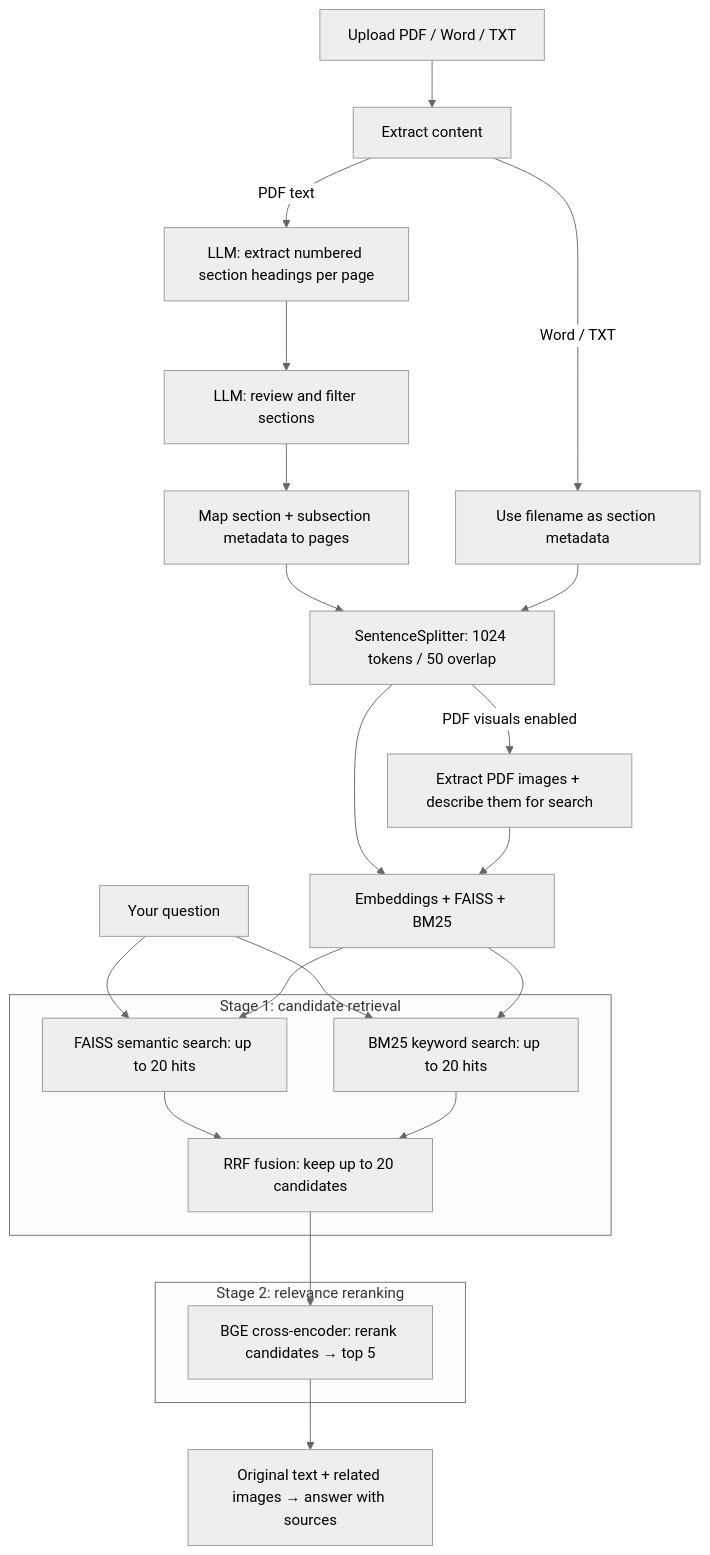
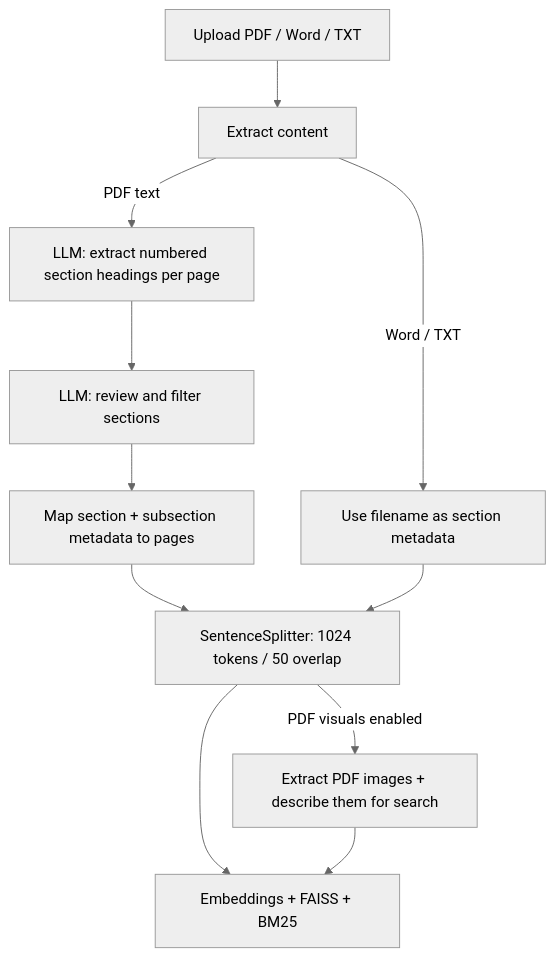
Before and after one commit to HUSSAMX7/Advanced_RAG: the first of 2 diagrams in README.md, drawn with Mermaid (neutral theme). The commit also changed other lines of this file, not shown here.

Commit message:
docs: separate chunking and retrieval process diagrams

````diff
--- a/README.md
+++ b/README.md
@@ -19,26 +19,13 @@
 ```mermaid
 flowchart TD
     A["Upload PDF / Word / TXT"] --> B["Extract content"]
     B -- PDF text --> C["LLM: extract numbered section headings per page"]
     C --> R["LLM: review and filter sections"]
     R --> M["Map section + subsection metadata to pages"]
     B -- Word / TXT --> W["Use filename as section metadata"]
     M --> S["SentenceSplitter: 1024 tokens / 50 overlap"]
     W --> S
     S --> D["Embeddings + FAISS + BM25"]
     S -- PDF visuals enabled --> V["Extract PDF images + describe them for search"]
     V --> D
-    Q["Your question"] --> Dense
-    Q --> Lexical
-    D --> Dense
-    D --> Lexical
-    subgraph Candidates["Stage 1: candidate retrieval"]
-        Dense["FAISS semantic search: up to 20 hits"] --> F["RRF fusion: keep up to 20 candidates"]
-        Lexical["BM25 keyword search: up to 20 hits"] --> F
-    end
-    subgraph Reranking["Stage 2: relevance reranking"]
-        G["BGE cross-encoder: rerank candidates → top 5"]
-    end
-    F --> G
-    G --> H["Original text + related images → answer with sources"]
 ```
````
